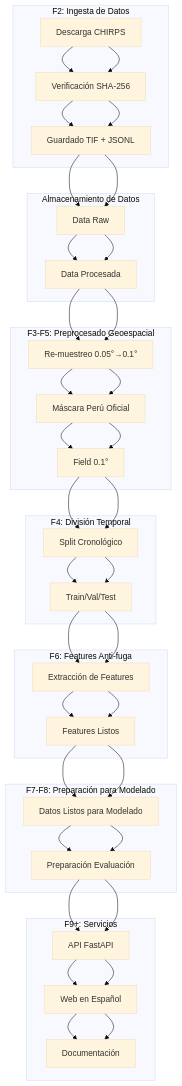
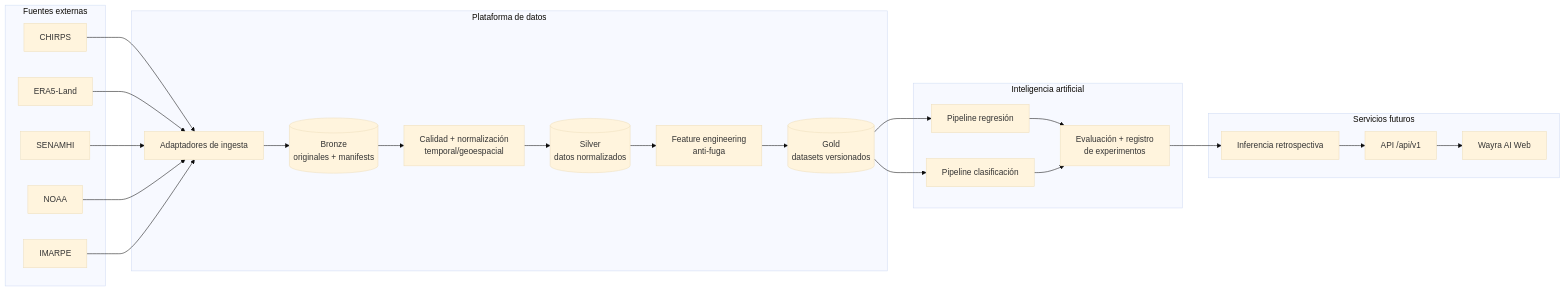
One commit to Lobitoxxx/Wayra_AI changed the first of 8 diagrams in README.md. Above: the diagram before and after it, drawn with Mermaid (base theme). The commit also changed other lines of this file, not shown here.

Commit message:
docs: rewrite README with truthful status, Mermaid architecture and Archify workflow

````diff
--- a/README.md
+++ b/README.md
@@ -151,43 +67,41 @@
 ```mermaid
-flowchart TD
-    %% Componentes principales
-    subgraph Ingesta["F2: Ingesta de Datos"]
-        A[Descarga CHIRPS] --> B[Verificación SHA-256]
-        B --> C[Guardado TIF + JSONL]
+flowchart LR
+    subgraph S[Fuentes externas]
+      C[CHIRPS]
+      E[ERA5-Land]
+      SE[SENAMHI]
+      N[NOAA]
+      I[IMARPE]
     end
-    
-    subgraph Almacenamiento["Almacenamiento de Datos"]
-        C --> D[Data Raw]
-        D --> E[Data Procesada]
+
+    subgraph D[Plataforma de datos]
+      ING[Adaptadores de ingesta]
+      B[(Bronze\noriginales + manifests)]
+      Q[Calidad + normalización\ntemporal/geoespacial]
+      S2[(Silver\ndatos normalizados)]
+      F[Feature engineering\nanti-fuga]
+      G[(Gold\ndatasets versionados)]
     end
-    
-    subgraph Preprocesado["F3-F5: Preprocesado Geoespacial"]
-        E --> F[Re-muestreo 0.05°→0.1°]
-        F --> G[Máscara Perú Oficial]
-        G --> H[Field 0.1°]
+
+    subgraph ML[Inteligencia artificial]
+      R[Pipeline regresión]
+      CL[Pipeline clasificación]
+      EV[Evaluación + registro\nde experimentos]
     end
-    
-    subgraph Division["F4: División Temporal"]
-        H --> I[Split Cronológico]
-        I --> J[Train/Val/Test]
+
+    subgraph APP[Servicios futuros]
+      INF[Inferencia retrospectiva]
+      API[API /api/v1]
+      WEB[Wayra AI Web]
     end
-    
-    subgraph Features["F6: Features Anti-fuga"]
-        J --> K[Extracción de Features]
-        K --> L[Features Listos]
-    end
-    
-    subgraph Modelado["F7-F8: Preparación para Modelado"]
-        L --> M[Datos Listos para Modelado]
-        M --> N[Preparación Evaluación]
-    end
-    
-    subgraph Servicios["F9+: Servicios"]
-        N --> O[API FastAPI]
-        O --> P[Web en Español]
-        P --> Q[Documentación]
-    end
-    
-    %% Conexiones principales
-    A --> B --> C --> D --> E --> F --> G --> H --> I --> J --> K --> L --> M --> N --> O --> P --> Q
+
+    C --> ING
+    E --> ING
+    SE --> ING
+    N --> ING
+    I --> ING
+    ING --> B --> Q --> S2 --> F --> G
+    G --> R --> EV
+    G --> CL --> EV
+    EV --> INF --> API --> WEB
 ```
````
